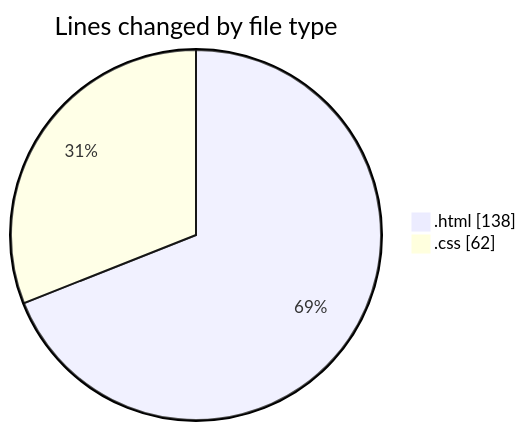
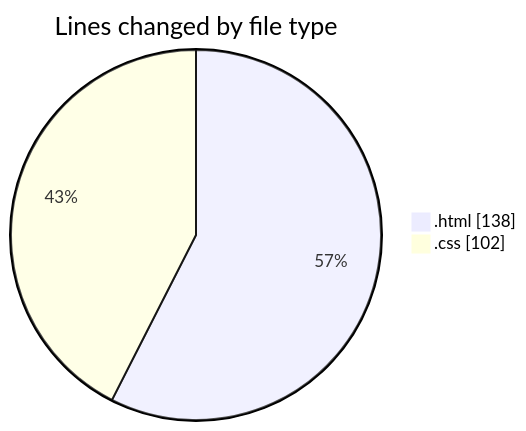
One commit to Unknowalive/code-tracking changed the first of 2 diagrams in 2026-09-01/web_tec_2026/README.md. Above: the diagram before and after it, drawn with Mermaid. The commit also changed other lines of this file and 1 other file, not shown here.

````diff
--- a/2026-09-01/web_tec_2026/README.md
+++ b/2026-09-01/web_tec_2026/README.md
@@ -25,6 +26,6 @@
 ```mermaid
 pie showData
 title Lines changed by file type
 ".html" : 138
-".css" : 62
+".css" : 102
 ```
````
